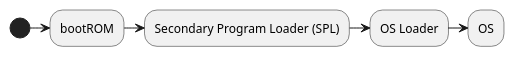
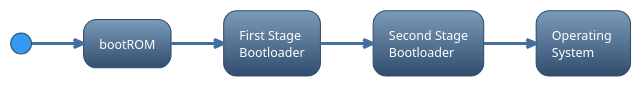
One commit to orjangj/cookbook changed the first of 10 diagrams in security/secure_boot.md. Above: the diagram before and after it, drawn with PlantUML. The commit also changed other lines of this file, not shown here.

Commit message:
secure boot: formatting and plantuml diagrams

````diff
--- a/security/secure_boot.md
+++ b/security/secure_boot.md
@@ -76,12 +78,13 @@
 ```plantuml
 @startuml
 
-skinparam backgroundColor #00000000
+!theme spacelab
+skinparam nodesep 50
 
 (*) -right-> "bootROM"
--> "Secondary Program Loader (SPL)"
--> "OS Loader"
--> "OS"
+-> "First Stage\nBootloader"
+-> "Second Stage\nBootloader"
+-> "Operating \nSystem"
 
 @enduml
 ```
````
